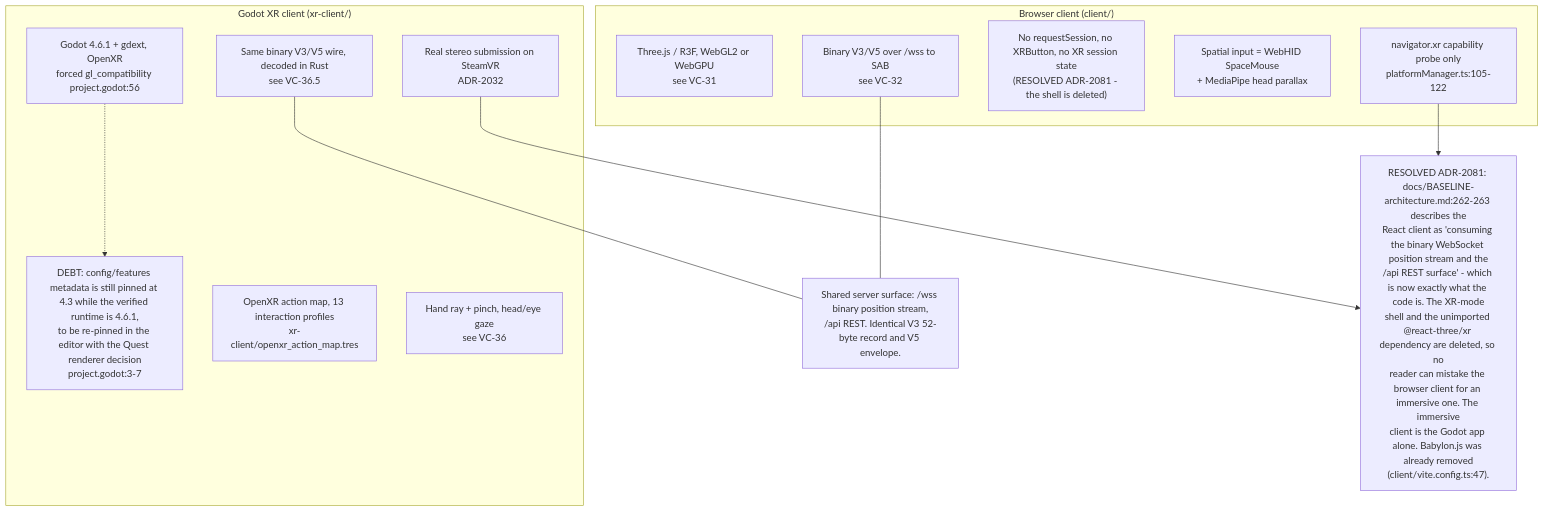
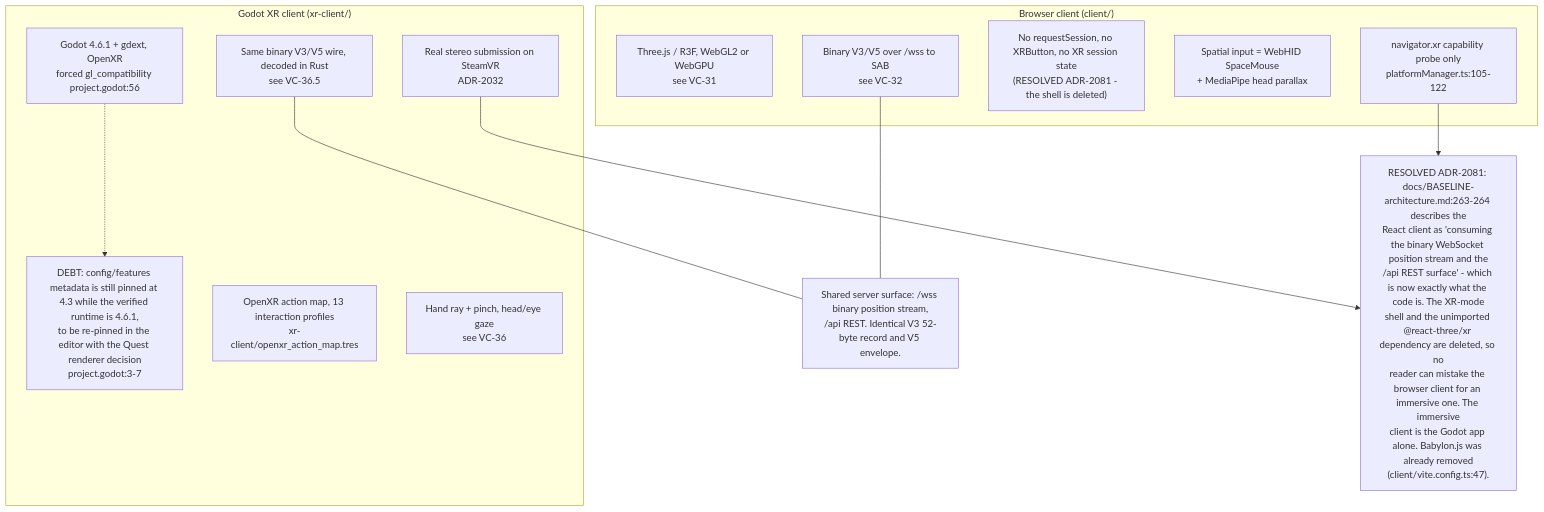
One commit to DreamLab-AI/VisionFlow changed the eighth of 10 diagrams in docs/diagrams/visionclaw/37-browser-xr-and-desktop-input.md. Above: the diagram before and after it, drawn with Mermaid. The commit also changed other lines of this file and 142 other files, not shown here.

First line of the commit message:
docs(diagrams): one System One route; re-verify 140 topics at today's heads

````diff
--- a/docs/diagrams/visionclaw/37-browser-xr-and-desktop-input.md
+++ b/docs/diagrams/visionclaw/37-browser-xr-and-desktop-input.md
@@ -332,24 +332,24 @@
 ```mermaid
 flowchart TB
     subgraph br["Browser client (client/)"]
         B1["Three.js / R3F, WebGL2 or WebGPU<br/>see VC-31"]
         B2["navigator.xr capability probe only<br/>platformManager.ts:105-122"]
         B3["No requestSession, no XRButton, no XR session state<br/>(RESOLVED ADR-2081 - the shell is deleted)"]
         B4["Spatial input = WebHID SpaceMouse<br/>+ MediaPipe head parallax"]
         B5["Binary V3/V5 over /wss to SAB<br/>see VC-32"]
     end
     subgraph gd["Godot XR client (xr-client/)"]
         G1["Godot 4.6.1 + gdext, OpenXR<br/>forced gl_compatibility project.godot:56"]
         G1D["DEBT: config/features metadata is still pinned at 4.3 while the verified runtime is 4.6.1,<br/>to be re-pinned in the editor with the Quest renderer decision<br/>project.godot:3-7"]
         G1 -.-> G1D
         G2["Real stereo submission on SteamVR<br/>ADR-2032"]
         G3["OpenXR action map, 13 interaction profiles<br/>xr-client/openxr_action_map.tres"]
         G4["Hand ray + pinch, head/eye gaze<br/>see VC-36"]
         G5["Same binary V3/V5 wire, decoded in Rust<br/>see VC-36.5"]
     end
     B5 --- SHARED["Shared server surface: /wss binary position stream,<br/>/api REST. Identical V3 52-byte record and V5 envelope."]
     G5 --- SHARED
     B2 --> DIV
     G2 --> DIV
-    DIV["RESOLVED ADR-2081: docs/BASELINE-architecture.md:262-263 describes the<br/>React client as 'consuming the binary WebSocket position stream and the<br/>/api REST surface' - which is now exactly what the code is. The XR-mode<br/>shell and the unimported @react-three/xr dependency are deleted, so no<br/>reader can mistake the browser client for an immersive one. The immersive<br/>client is the Godot app alone. Babylon.js was already removed<br/>(client/vite.config.ts:47)."]
+    DIV["RESOLVED ADR-2081: docs/BASELINE-architecture.md:263-264 describes the<br/>React client as 'consuming the binary WebSocket position stream and the<br/>/api REST surface' - which is now exactly what the code is. The XR-mode<br/>shell and the unimported @react-three/xr dependency are deleted, so no<br/>reader can mistake the browser client for an immersive one. The immersive<br/>client is the Godot app alone. Babylon.js was already removed<br/>(client/vite.config.ts:47)."]
 ```
````
